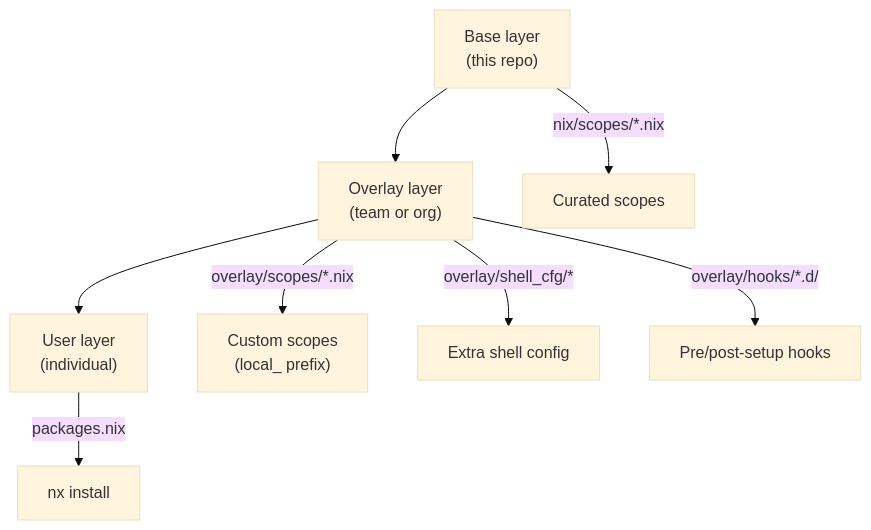
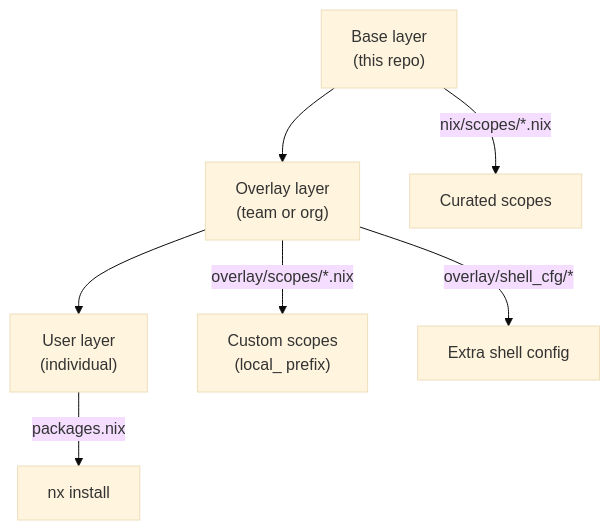
The sixth of 6 diagrams in docs/architecture.md (szymonos/envy-nx), drawn with Mermaid (base theme) before and after one commit. The commit also changed other lines of this file and 7 other files, not shown here.

Commit message:
docs(overlay): document scope derivations and per-machine hooks

````diff
--- a/docs/architecture.md
+++ b/docs/architecture.md
@@ -418,14 +418,13 @@
 ```mermaid
 graph TD
     A["Base layer
     (this repo)"] --> B["Overlay layer
     (team or org)"]
     B --> C["User layer
     (individual)"]
     A -- "nix/scopes/*.nix" --> D["Curated scopes"]
     B -- "overlay/scopes/*.nix" --> E["Custom scopes
     (local_ prefix)"]
     B -- "overlay/shell_cfg/*" --> F["Extra shell config"]
-    B -- "overlay/hooks/*.d/" --> G["Pre/post-setup hooks"]
     C -- "packages.nix" --> H["nx install <pkg>"]
 ```
````
